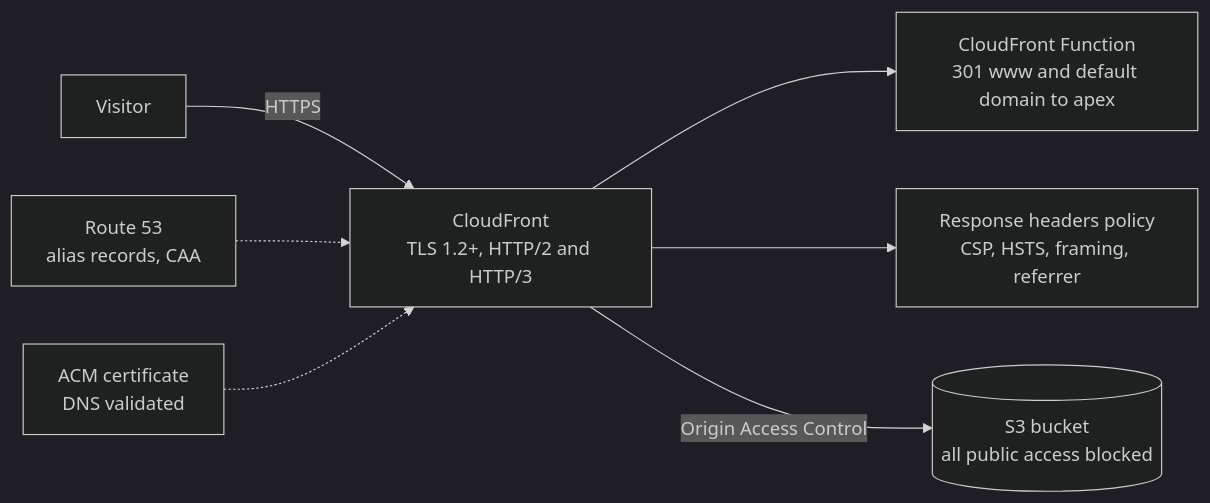
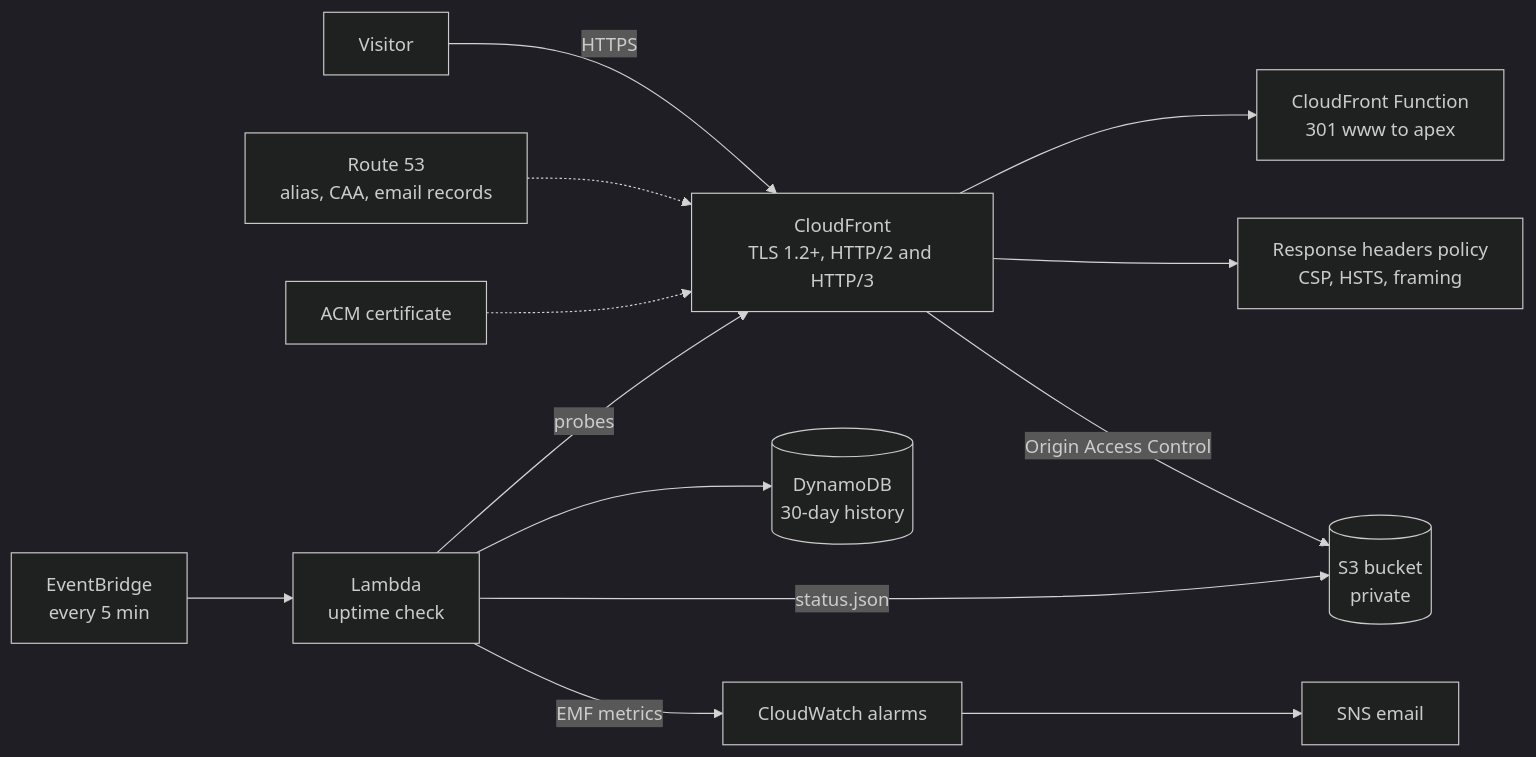
The diagram in README.md (rgantz89/robgantz.dev), drawn with Mermaid (dark theme) before and after one commit. The commit also changed other lines of this file and 7 other files, not shown here.

````diff
--- a/README.md
+++ b/README.md
@@ -9,9 +9,16 @@
 ```mermaid
 flowchart LR
   V[Visitor] -->|HTTPS| CF[CloudFront<br/>TLS 1.2+, HTTP/2 and HTTP/3]
-  R53[Route 53<br/>alias records, CAA] -.-> CF
-  ACM[ACM certificate<br/>DNS validated] -.-> CF
-  CF --> FN[CloudFront Function<br/>301 www and default domain to apex]
-  CF --> HP[Response headers policy<br/>CSP, HSTS, framing, referrer]
-  CF -->|Origin Access Control| S3[(S3 bucket<br/>all public access blocked)]
+  R53[Route 53<br/>alias, CAA, email records] -.-> CF
+  ACM[ACM certificate] -.-> CF
+  CF --> FN[CloudFront Function<br/>301 www to apex]
+  CF --> HP[Response headers policy<br/>CSP, HSTS, framing]
+  CF -->|Origin Access Control| S3[(S3 bucket<br/>private)]
+
+  EB[EventBridge<br/>every 5 min] --> L[Lambda<br/>uptime check]
+  L -->|probes| CF
+  L --> DDB[(DynamoDB<br/>30-day history)]
+  L -->|status.json| S3
+  L -->|EMF metrics| CW[CloudWatch alarms]
+  CW --> SNS[SNS email]
 ```
````
